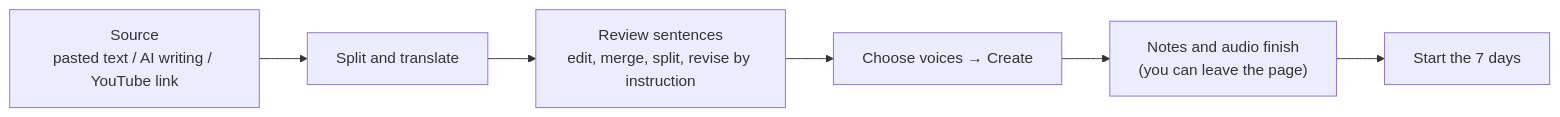
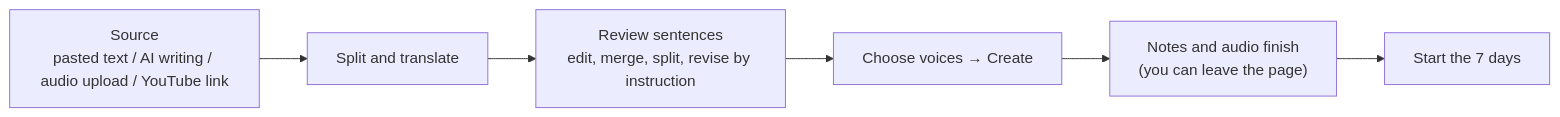
One commit to YA-CIAO-LIANG/listenloop changed the second of 2 diagrams in docs/system/en/user.md. Above: the diagram before and after it, drawn with Mermaid. The commit also changed other lines of this file and 64 other files, not shown here.

````diff
--- a/docs/system/en/user.md
+++ b/docs/system/en/user.md
@@ -160,8 +160,8 @@
 ```mermaid
 flowchart LR
-  A["Source\npasted text / AI writing / YouTube link"] --> B["Split and translate"]
+  A["Source\npasted text / AI writing / audio upload / YouTube link"] --> B["Split and translate"]
   B --> C["Review sentences\nedit, merge, split, revise by instruction"]
   C --> D["Choose voices → Create"]
   D --> E["Notes and audio finish\n(you can leave the page)"]
   E --> F["Start the 7 days"]
 ```
````
